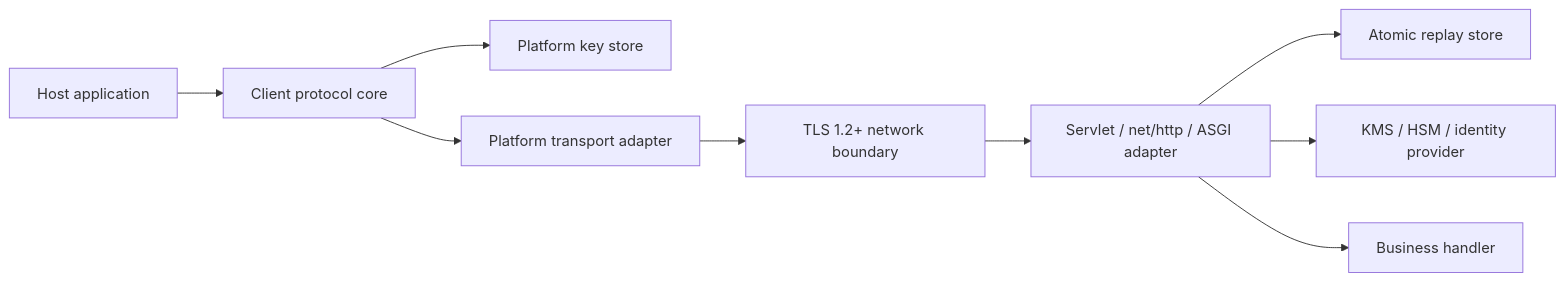
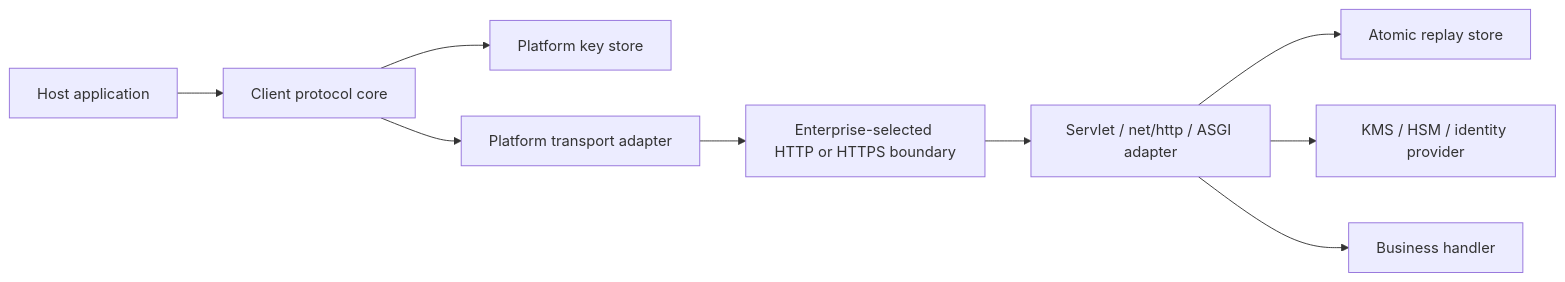
The diagram in docs/security/威胁模型.md (coolxer-studio/secure-communication), drawn with Mermaid before and after one commit. The commit also changed other lines of this file and 46 other files, not shown here.

````diff
--- a/docs/security/威胁模型.md
+++ b/docs/security/威胁模型.md
@@ -15,11 +15,11 @@
 ```mermaid
 flowchart LR
     App["Host application"] --> ClientCore["Client protocol core"]
     ClientCore --> KeyStore["Platform key store"]
     ClientCore --> Transport["Platform transport adapter"]
-    Transport --> TLS["TLS 1.2+ network boundary"]
-    TLS --> ServerAdapter["Servlet / net/http / ASGI adapter"]
+    Transport --> Network["Enterprise-selected HTTP or HTTPS boundary"]
+    Network --> ServerAdapter["Servlet / net/http / ASGI adapter"]
     ServerAdapter --> Replay["Atomic replay store"]
     ServerAdapter --> KeyProvider["KMS / HSM / identity provider"]
     ServerAdapter --> Business["Business handler"]
 ```
````
